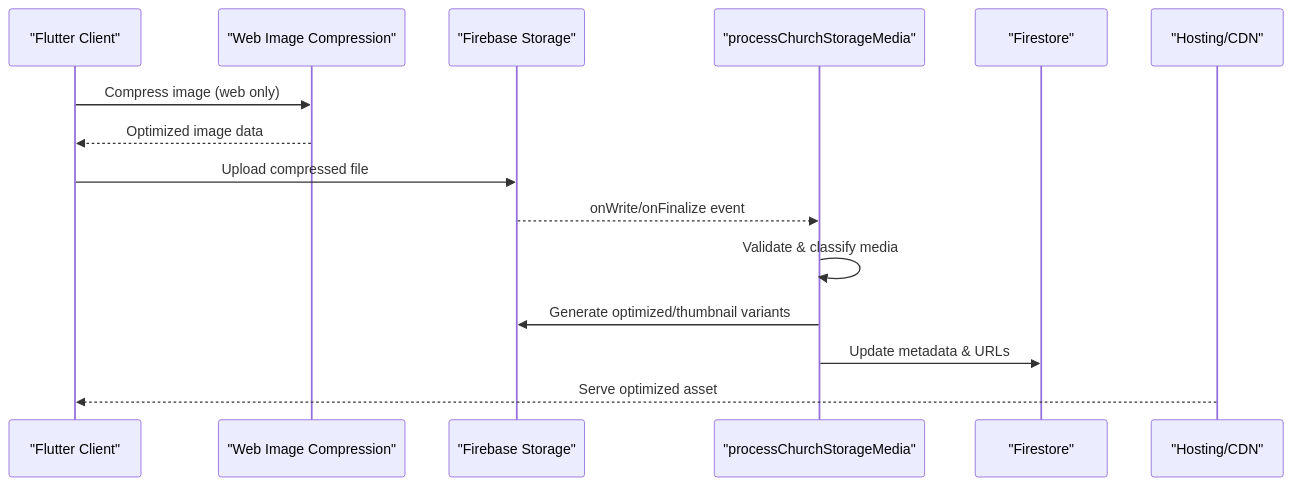
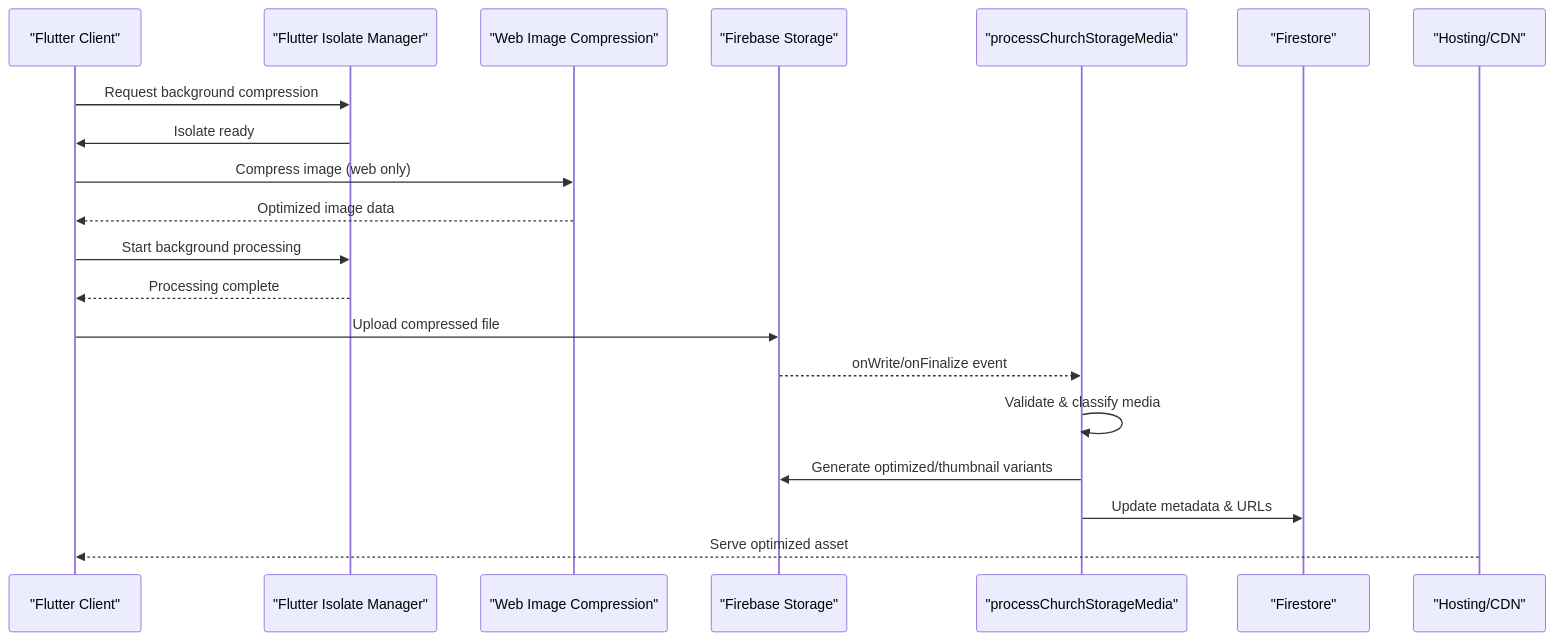
One commit to raihom-netizen/com.gestaoyahwehios.app changed the second of 16 diagrams in .qoder/repowiki/en/content/Media Management/Media Management.md. Above: the diagram before and after it, drawn with Mermaid. The commit also changed other lines of this file and 161 other files, not shown here.

````diff
--- a/.qoder/repowiki/en/content/Media Management/Media Management.md
+++ b/.qoder/repowiki/en/content/Media Management/Media Management.md
@@ -139,17 +146,22 @@
 ```mermaid
 sequenceDiagram
 participant Client as "Flutter Client"
+participant Isolate as "Flutter Isolate Manager"
 participant WebComp as "Web Image Compression"
 participant Storage as "Firebase Storage"
 participant FuncProc as "processChurchStorageMedia"
 participant DB as "Firestore"
 participant Hosting as "Hosting/CDN"
+Client->>Isolate : Request background compression
+Isolate->>Client : Isolate ready
 Client->>WebComp : Compress image (web only)
 WebComp-->>Client : Optimized image data
+Client->>Isolate : Start background processing
+Isolate-->>Client : Processing complete
 Client->>Storage : Upload compressed file
 Storage-->>FuncProc : onWrite/onFinalize event
 FuncProc->>FuncProc : Validate & classify media
 FuncProc->>Storage : Generate optimized/thumbnail variants
 FuncProc->>DB : Update metadata & URLs
 Hosting-->>Client : Serve optimized asset
 ```
````
